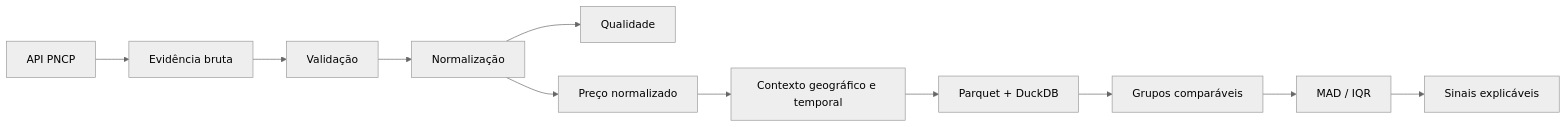
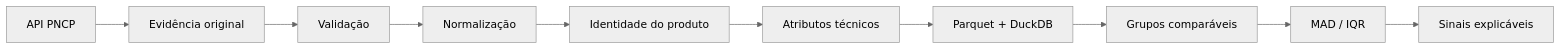
Before and after one commit to peedrovinicius/atlas-compras-publicas: the diagram in README.md, drawn with Mermaid (neutral theme). The commit also changed other lines of this file, not shown here.

````diff
--- a/README.md
+++ b/README.md
@@ -52,13 +78,12 @@
-~~~mermaid
+```mermaid
 flowchart LR
-    A[API PNCP] --> B[Evidência bruta]
+    A[API PNCP] --> B[Evidência original]
     B --> C[Validação]
     C --> D[Normalização]
-    D --> E[Qualidade]
-    D --> F[Preço normalizado]
-    F --> G[Contexto geográfico e temporal]
-    G --> H[Parquet + DuckDB]
-    H --> I[Grupos comparáveis]
-    I --> J[MAD / IQR]
-    J --> K[Sinais explicáveis]
-~~~
+    D --> E[Identidade do produto]
+    E --> F[Atributos técnicos]
+    F --> G[Parquet + DuckDB]
+    G --> H[Grupos comparáveis]
+    H --> I[MAD / IQR]
+    I --> J[Sinais explicáveis]
+```
````
